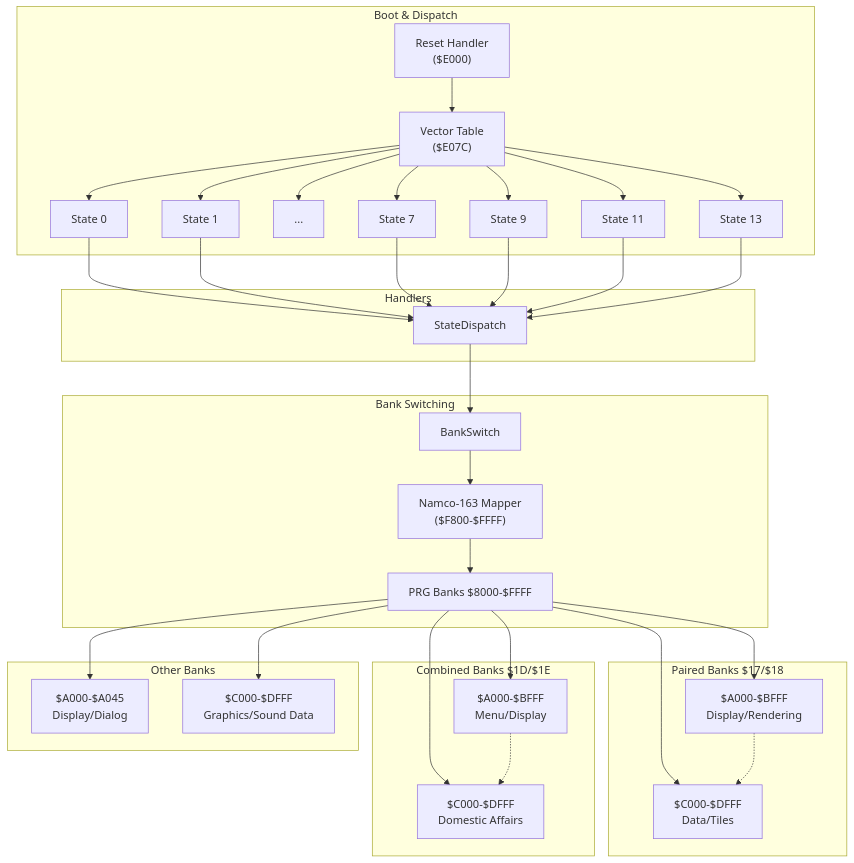
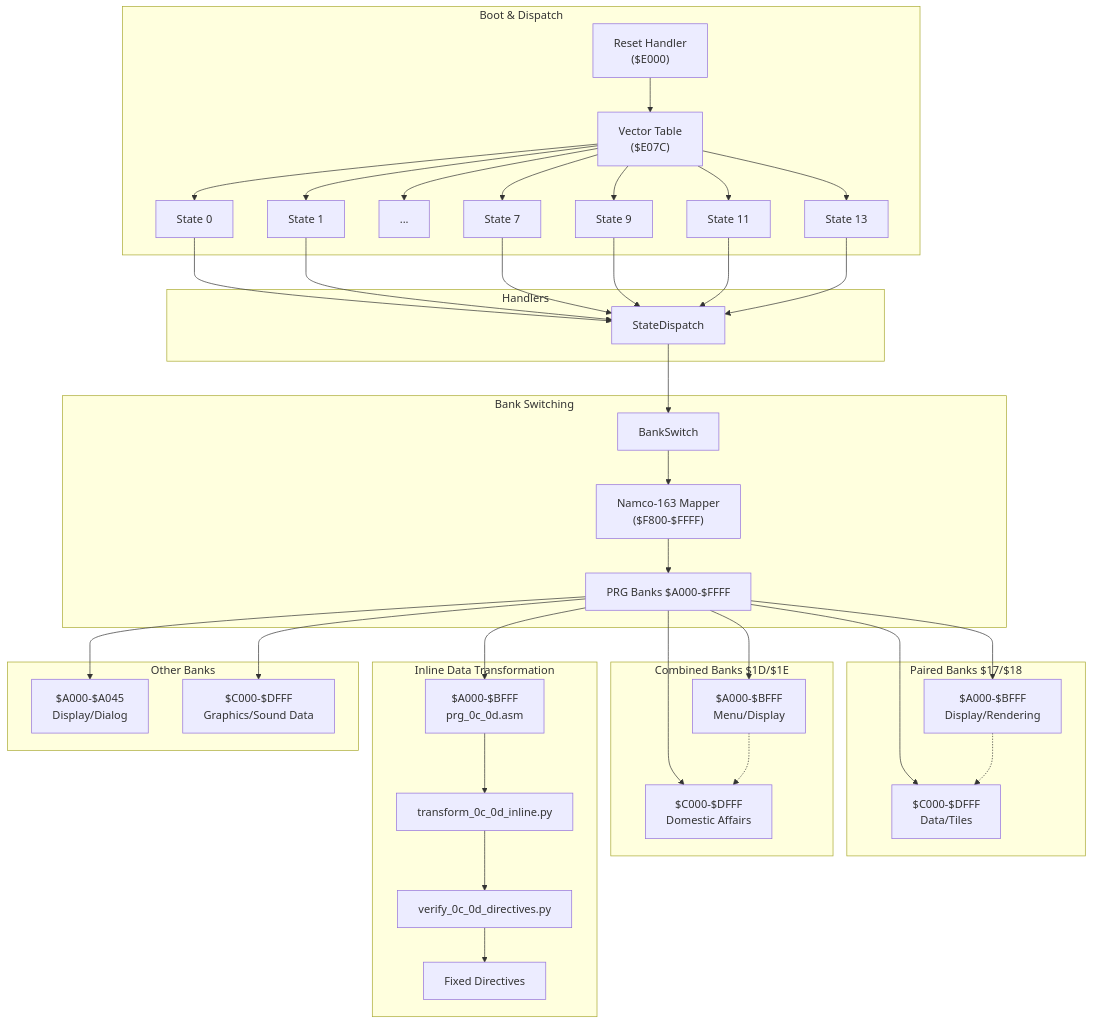
The second of 8 diagrams in .qoder/repowiki/en/content/Disassembly Workflow/Disassembly Workflow.md (rabbyzero/sango2dasm), drawn with Mermaid before and after one commit. The commit also changed other lines of this file and 11 other files, not shown here.

````diff
--- a/.qoder/repowiki/en/content/Disassembly Workflow/Disassembly Workflow.md
+++ b/.qoder/repowiki/en/content/Disassembly Workflow/Disassembly Workflow.md
@@ -208,40 +230,46 @@
 ```mermaid
 graph TB
 subgraph "Boot & Dispatch"
 R["Reset Handler<br/>($E000)"] --> VT["Vector Table<br/>($E07C)"]
 VT --> S0["State 0"]
 VT --> S1["State 1"]
 VT --> S2["..."]
 VT --> S7["State 7"]
 VT --> S9["State 9"]
 VT --> S11["State 11"]
 VT --> S13["State 13"]
 end
 subgraph "Handlers"
 S0 --> SD["StateDispatch"]
 S1 --> SD
 S7 --> SD
 S9 --> SD
 S11 --> SD
 S13 --> SD
 end
 subgraph "Bank Switching"
 SD --> BS["BankSwitch"]
 BS --> MAP["Namco-163 Mapper<br/>($F800-$FFFF)"]
-MAP --> PRG["PRG Banks $8000-$FFFF"]
+MAP --> PRG["PRG Banks $A000-$FFFF"]
 end
 subgraph "Paired Banks $17/$18"
 PRG --> B17["$A000-$BFFF<br/>Display/Rendering"]
 PRG --> B18["$C000-$DFFF<br/>Data/Tiles"]
 B17 -.-> B18
 end
 subgraph "Combined Banks $1D/$1E"
 PRG --> B1D["$A000-$BFFF<br/>Menu/Display"]
 PRG --> B1E["$C000-$DFFF<br/>Domestic Affairs"]
 B1D -.-> B1E
 end
+subgraph "Inline Data Transformation"
+PRG --> B0C0D["$A000-$BFFF<br/>prg_0c_0d.asm"]
+B0C0D --> TRANS["transform_0c_0d_inline.py"]
+TRANS --> VERIFY["verify_0c_0d_directives.py"]
+VERIFY --> FIXED["Fixed Directives"]
+end
 subgraph "Other Banks"
 PRG --> B0["$A000-$A045<br/>Display/Dialog"]
 PRG --> B1["$C000-$DFFF<br/>Graphics/Sound Data"]
 end
 ```
````
